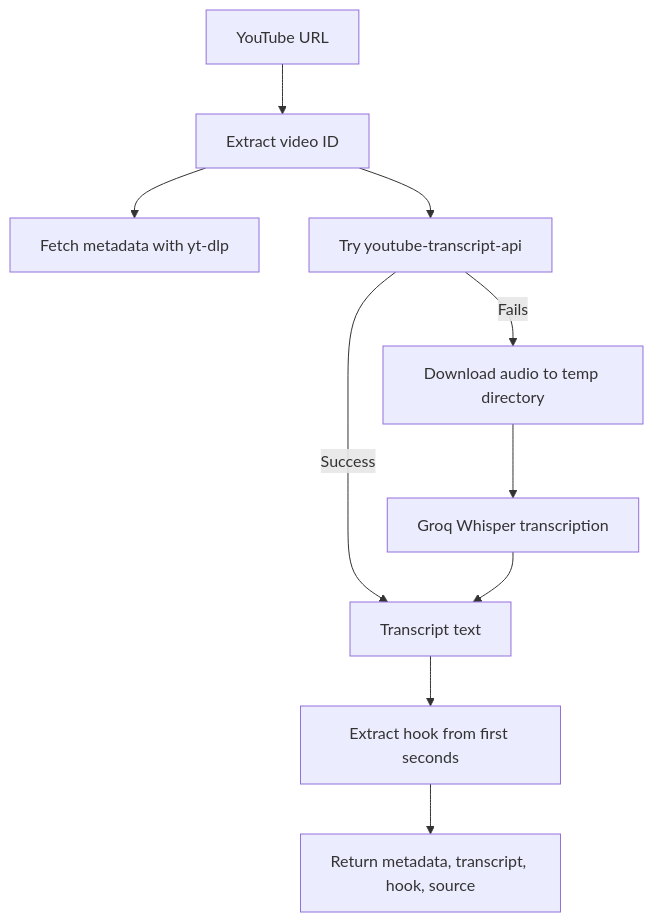
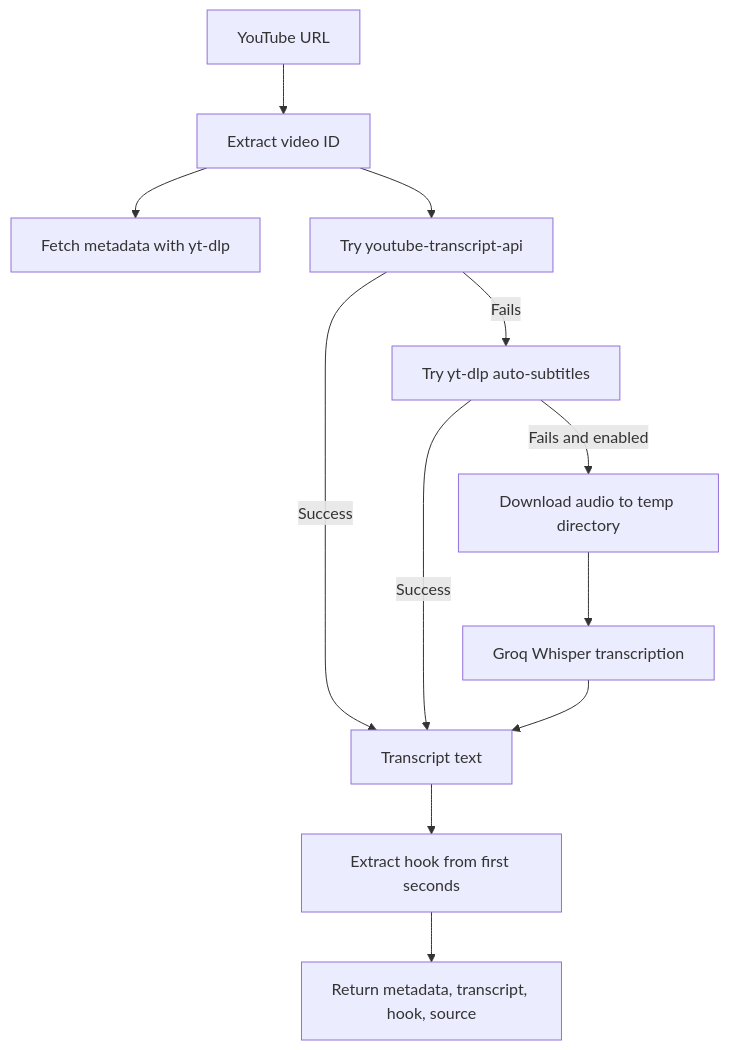
One commit to Vinil30/Auralytix changed the second of 6 diagrams in README.md. Above: the diagram before and after it, drawn with Mermaid. The commit also changed other lines of this file and 2 other files, not shown here.

Commit message:
Enhancing the Extraction pipelines

````diff
--- a/README.md
+++ b/README.md
@@ -205,12 +205,14 @@
 ```mermaid
 flowchart TD
     A[YouTube URL] --> B[Extract video ID]
     B --> C[Fetch metadata with yt-dlp]
     B --> D[Try youtube-transcript-api]
     D -->|Success| E[Transcript text]
-    D -->|Fails| F[Download audio to temp directory]
-    F --> G[Groq Whisper transcription]
-    G --> E
-    E --> H[Extract hook from first seconds]
-    H --> I[Return metadata, transcript, hook, source]
+    D -->|Fails| F[Try yt-dlp auto-subtitles]
+    F -->|Success| E
+    F -->|Fails and enabled| G[Download audio to temp directory]
+    G --> H[Groq Whisper transcription]
+    H --> E
+    E --> I[Extract hook from first seconds]
+    I --> J[Return metadata, transcript, hook, source]
 ```
````
